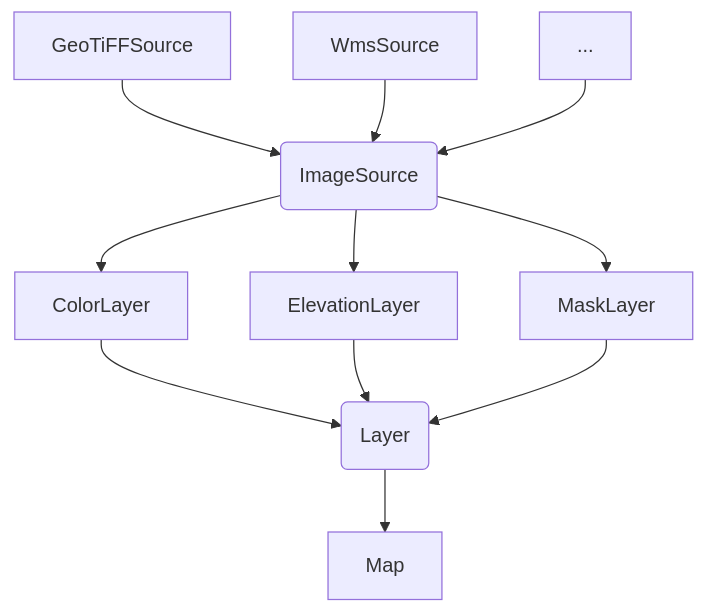
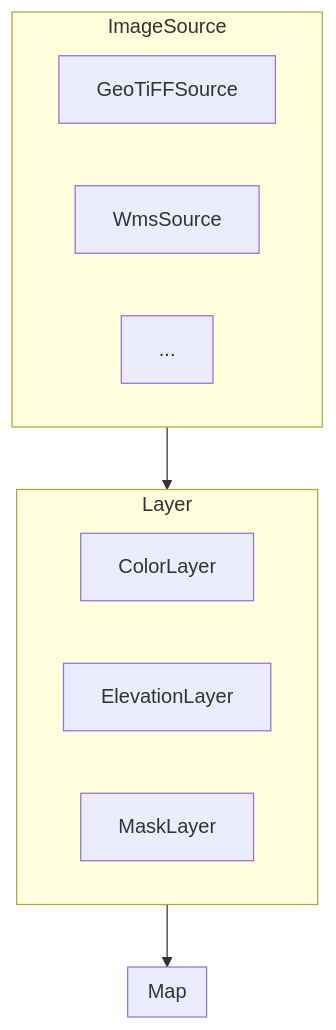
The third of 3 diagrams in ARCHITECTURE.md (giro3d-org/Giro3D), drawn with Mermaid before and after one commit. The commit also changed other lines of this file, not shown here.

Commit message:
docs(ARCHITECTURE.md): use subgraphs for better readability

````diff
--- a/ARCHITECTURE.md
+++ b/ARCHITECTURE.md
@@ -64,13 +68,21 @@
 ```mermaid
-graph TD
-    A(Layer) --> B[Map]
-    C[ColorLayer] --> A
-    D[ElevationLayer] --> A
-    E[MaskLayer] --> A
-    F(ImageSource) --> C
-    F --> D
-    F --> E
-    G[GeoTiFFSource] --> F
-    H[WmsSource] --> F
-    I[...] --> F
+flowchart TD
+
+subgraph Layer
+    A[ColorLayer]
+    B[ElevationLayer]
+    C[MaskLayer]
+end
+
+subgraph ImageSource
+    D[GeoTiFFSource]
+    E[WmsSource]
+    F[...]
+end
+
+subgraph Map
+end
+
+ImageSource --> Layer
+Layer-->Map
 ```
````
